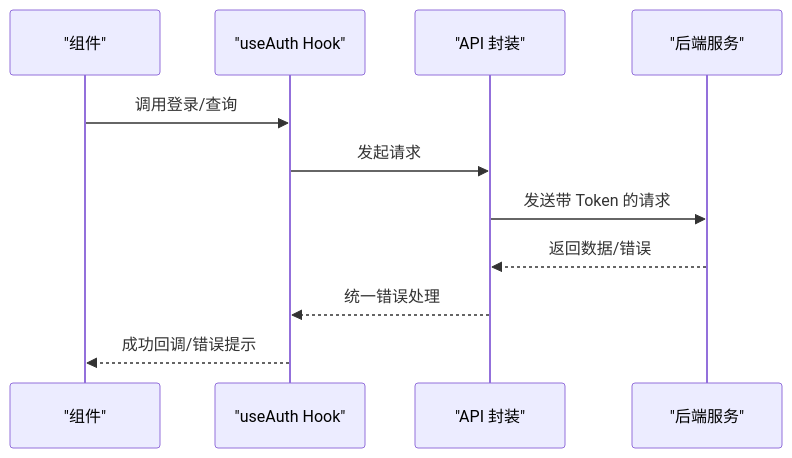
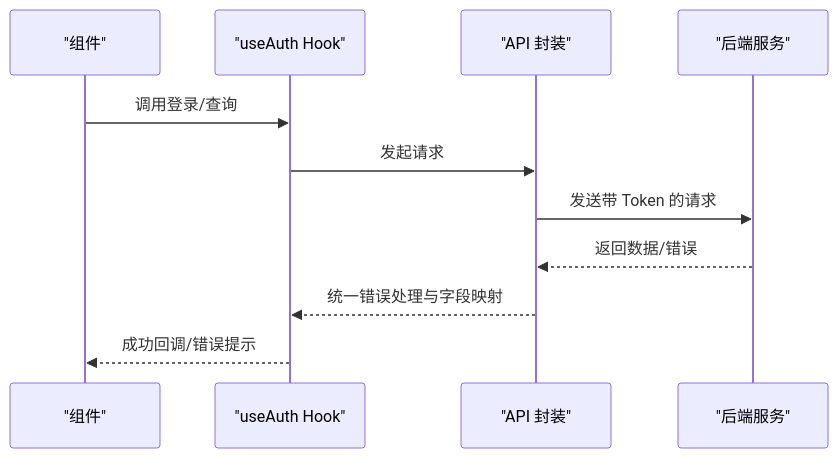
Before and after one commit to gujialind/InvestRing: the fourth of 5 diagrams in .qoder/repowiki/zh/content/开发指南/代码规范/前端代码规范.md, drawn with Mermaid. The commit also changed other lines of this file and 6 other files, not shown here.

````diff
--- a/.qoder/repowiki/zh/content/开发指南/代码规范/前端代码规范.md
+++ b/.qoder/repowiki/zh/content/开发指南/代码规范/前端代码规范.md
@@ -261,13 +286,13 @@
 ```mermaid
 sequenceDiagram
 participant C as "组件"
 participant H as "useAuth Hook"
 participant A as "API 封装"
 participant S as "后端服务"
 C->>H : 调用登录/查询
 H->>A : 发起请求
 A->>S : 发送带 Token 的请求
 S-->>A : 返回数据/错误
-A-->>H : 统一错误处理
+A-->>H : 统一错误处理与字段映射
 H-->>C : 成功回调/错误提示
 ```
````
